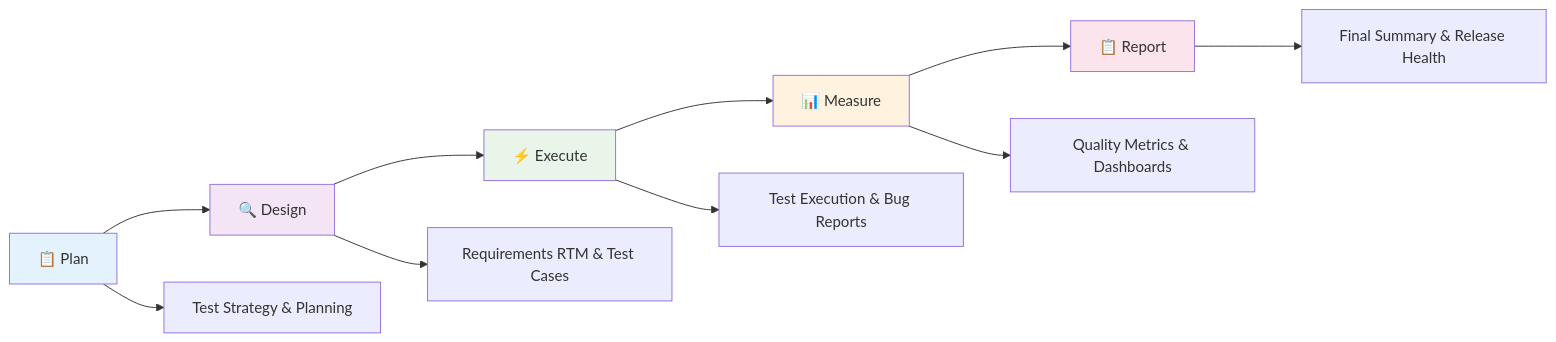
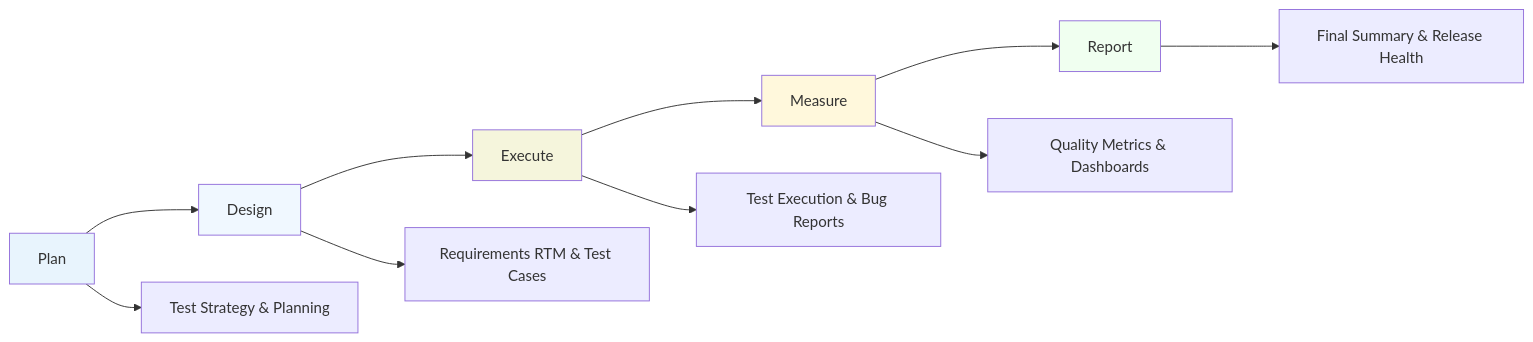
One commit to Tasmimdristy7/qa-lifecycle-suite changed the first of 2 diagrams in README.md. Above: the diagram before and after it, drawn with Mermaid. The commit also changed other lines of this file and 3 other files, not shown here.

````diff
--- a/README.md
+++ b/README.md
@@ -49,19 +49,19 @@
 ```mermaid
 graph LR
-    A[📋 Plan] --> B[🔍 Design]
-    B --> C[⚡ Execute]
-    C --> D[📊 Measure]
-    D --> E[📋 Report]
+    A[Plan] --> B[Design]
+    B --> C[Execute]
+    C --> D[Measure]
+    D --> E[Report]
     
     A --> A1[Test Strategy & Planning]
     B --> B1[Requirements RTM & Test Cases]
     C --> C1[Test Execution & Bug Reports]
     D --> D1[Quality Metrics & Dashboards]
     E --> E1[Final Summary & Release Health]
     
-    style A fill:#e3f2fd
-    style B fill:#f3e5f5
-    style C fill:#e8f5e8
-    style D fill:#fff3e0
-    style E fill:#fce4ec
+    style A fill:#e8f4fd
+    style B fill:#f0f8ff
+    style C fill:#f5f5dc
+    style D fill:#fff8dc
+    style E fill:#f0fff0
 ```
````
